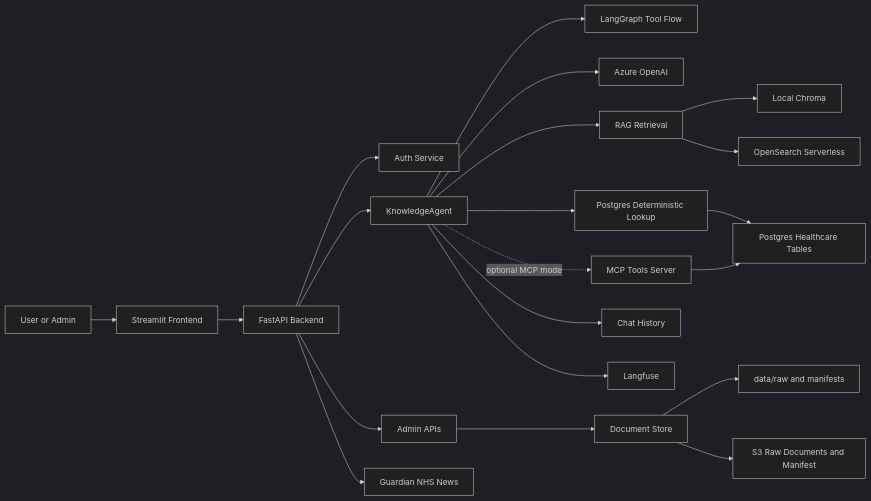
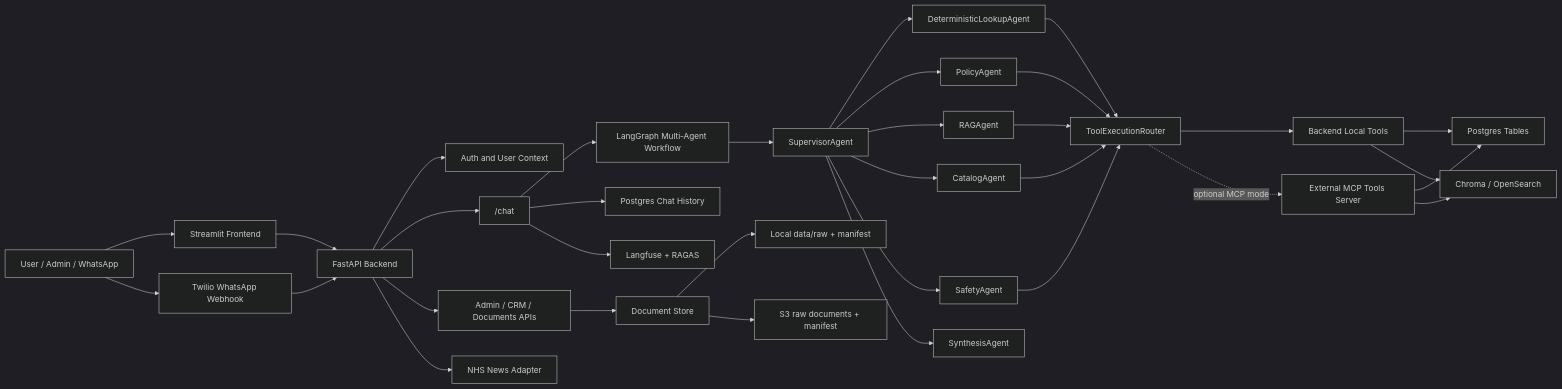
One commit to sabin262/dstrmaysam-heakthcare-knowledge-agent-multi-agent changed the first of 2 diagrams in README.md. Above: the diagram before and after it, drawn with Mermaid (dark theme). The commit also changed other lines of this file and 4 other files, not shown here.

````diff
--- a/README.md
+++ b/README.md
@@ -25,26 +27,40 @@
 ```mermaid
 flowchart LR
-    User["User or Admin"] --> Frontend["Streamlit Frontend"]
+    User["User / Admin / WhatsApp"] --> Frontend["Streamlit Frontend"]
+    User --> Twilio["Twilio WhatsApp Webhook"]
     Frontend --> Backend["FastAPI Backend"]
+    Twilio --> Backend
 
-    Backend --> Auth["Auth Service"]
-    Backend --> Agent["KnowledgeAgent"]
-    Backend --> Admin["Admin APIs"]
-    Backend --> News["Guardian NHS News"]
+    Backend --> Auth["Auth and User Context"]
+    Backend --> Chat["/chat"]
+    Backend --> Admin["Admin / CRM / Documents APIs"]
+    Backend --> News["NHS News Adapter"]
 
-    Agent --> LangGraph["LangGraph Tool Flow"]
-    Agent --> Azure["Azure OpenAI"]
-    Agent --> Retrieval["RAG Retrieval"]
-    Agent --> Lookup["Postgres Deterministic Lookup"]
-    Agent -. "optional MCP mode" .-> MCP["MCP Tools Server"]
-    Agent --> History["Chat History"]
-    Agent --> Langfuse["Langfuse"]
+    Chat --> Graph["LangGraph Multi-Agent Workflow"]
+    Graph --> Supervisor["SupervisorAgent"]
+    Supervisor --> Deterministic["DeterministicLookupAgent"]
+    Supervisor --> Policy["PolicyAgent"]
+    Supervisor --> Rag["RAGAgent"]
+    Supervisor --> Catalog["CatalogAgent"]
+    Supervisor --> Safety["SafetyAgent"]
+    Supervisor --> Synthesis["SynthesisAgent"]
 
-    Retrieval --> Chroma["Local Chroma"]
-    Retrieval --> OpenSearch["OpenSearch Serverless"]
+    Deterministic --> ToolRouter["ToolExecutionRouter"]
+    Policy --> ToolRouter
+    Rag --> ToolRouter
+    Catalog --> ToolRouter
+    Safety --> ToolRouter
+
+    ToolRouter --> LocalTools["Backend Local Tools"]
+    ToolRouter -. "optional MCP mode" .-> MCP["External MCP Tools Server"]
+
+    LocalTools --> Postgres["Postgres Tables"]
+    MCP --> Postgres
+    LocalTools --> Retrieval["Chroma / OpenSearch"]
+    MCP --> Retrieval
     Admin --> Store["Document Store"]
-    Store --> LocalFiles["data/raw and manifests"]
-    Store --> S3["S3 Raw Documents and Manifest"]
-    Lookup --> Postgres["Postgres Healthcare Tables"]
-    MCP --> Postgres
+    Store --> LocalFiles["Local data/raw + manifest"]
+    Store --> S3["S3 raw documents + manifest"]
+    Chat --> History["Postgres Chat History"]
+    Chat --> Langfuse["Langfuse + RAGAS"]
 ```
````
